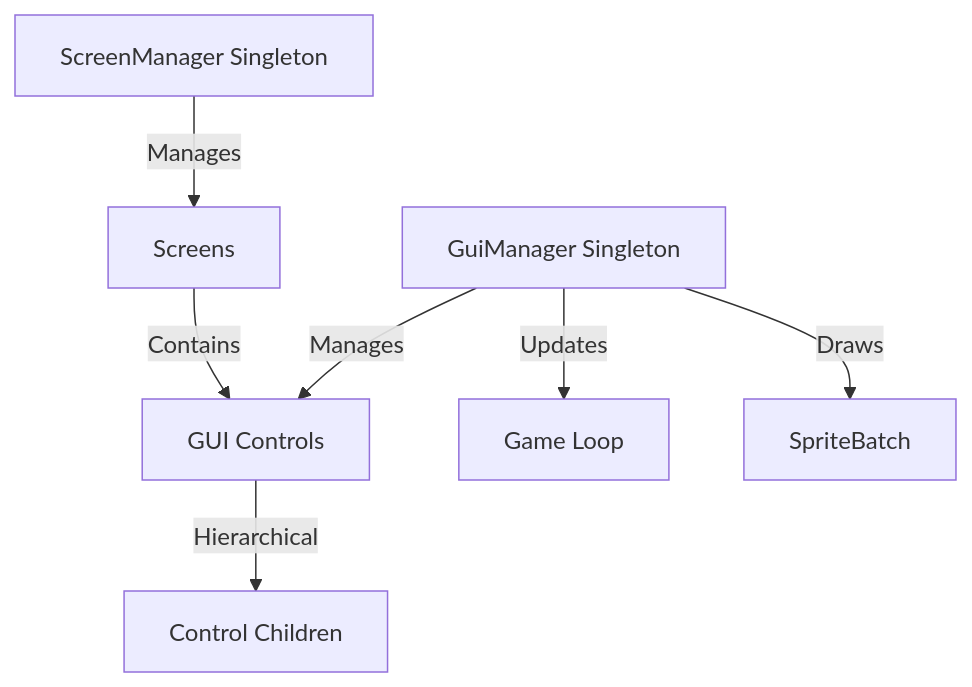
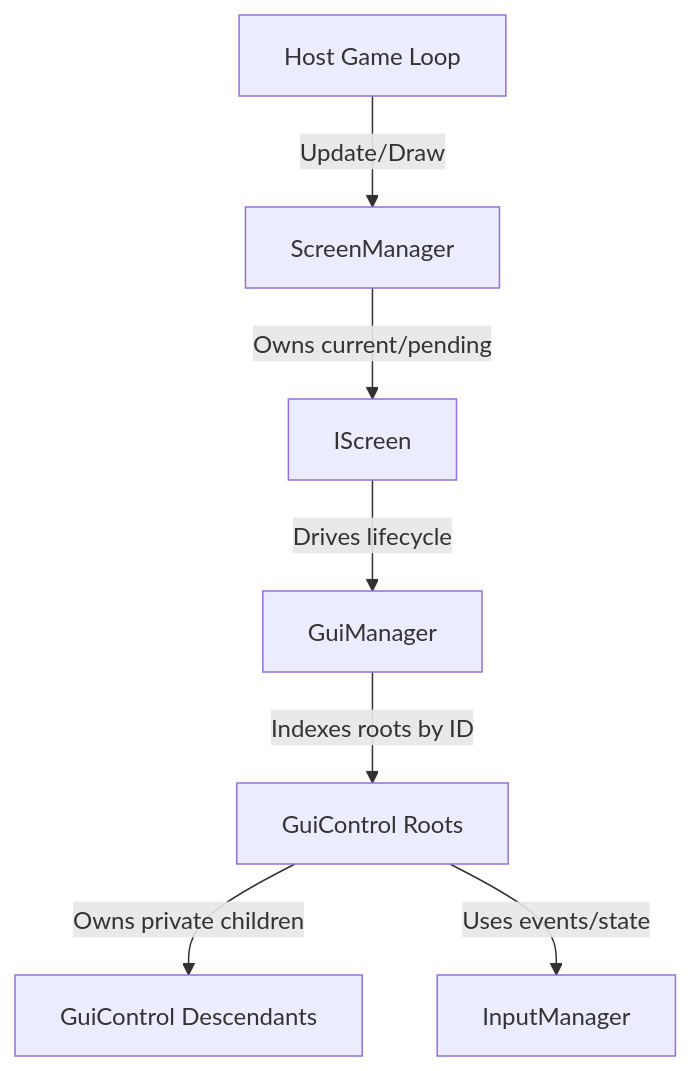
One commit to hmlendea/nucixna.gui changed the second of 8 diagrams in ARCHITECTURE.md. Above: the diagram before and after it, drawn with Mermaid. The commit also changed other lines of this file and 53 other files, not shown here.

````diff
--- a/ARCHITECTURE.md
+++ b/ARCHITECTURE.md
@@ -55,9 +67,9 @@
 ```mermaid
 graph TD
-    A[GuiManager Singleton] -->|Manages| B[GUI Controls]
-    B -->|Hierarchical| C[Control Children]
-    A -->|Updates| D[Game Loop]
-    A -->|Draws| E[SpriteBatch]
-    F[ScreenManager Singleton] -->|Manages| G[Screens]
-    G -->|Contains| B
+    A[Host Game Loop] -->|Update/Draw| F[ScreenManager]
+    F -->|Owns current/pending| G[IScreen]
+    G -->|Drives lifecycle| B[GuiManager]
+    B -->|Indexes roots by ID| C[GuiControl Roots]
+    C -->|Owns private children| D[GuiControl Descendants]
+    C -->|Uses events/state| E[InputManager]
 ```
````
